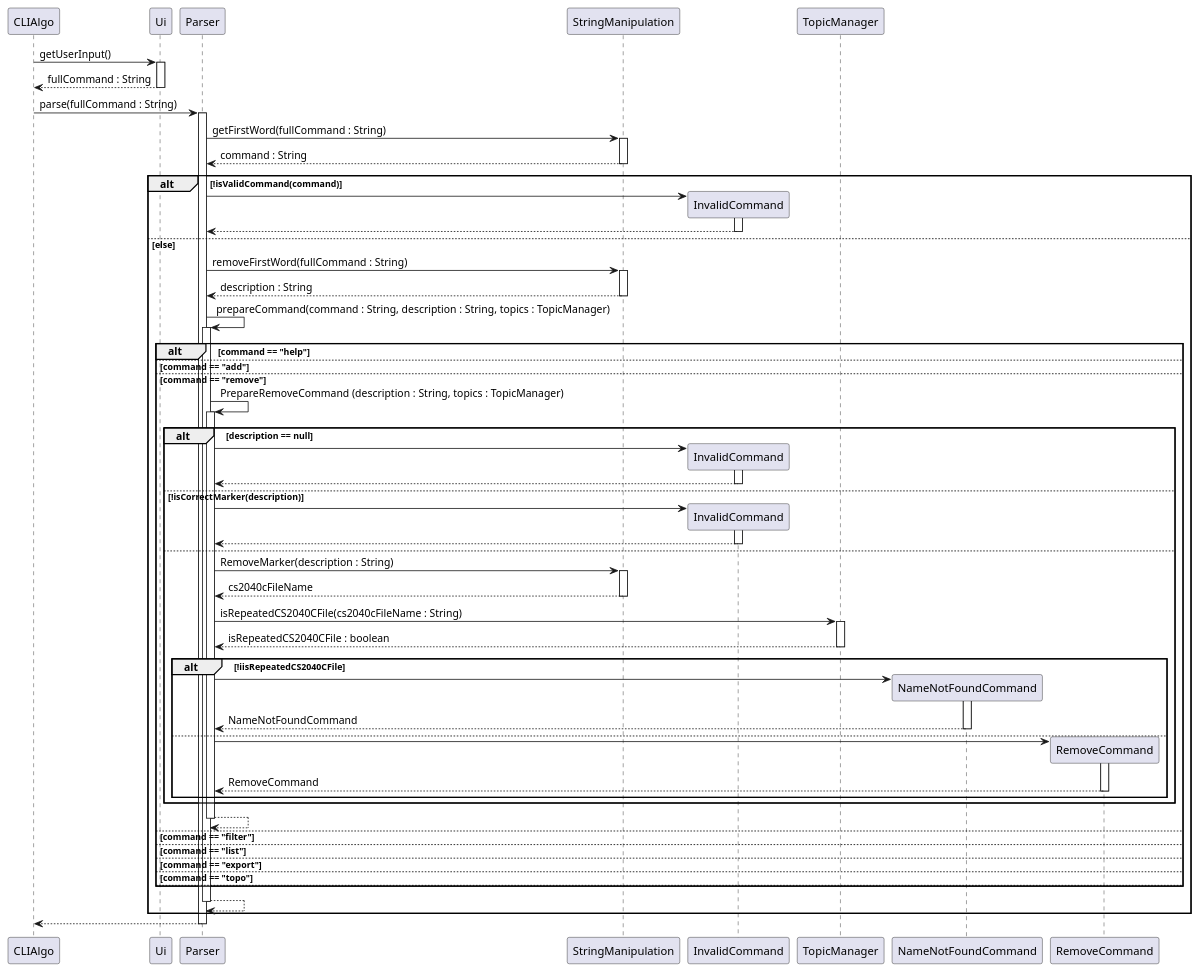
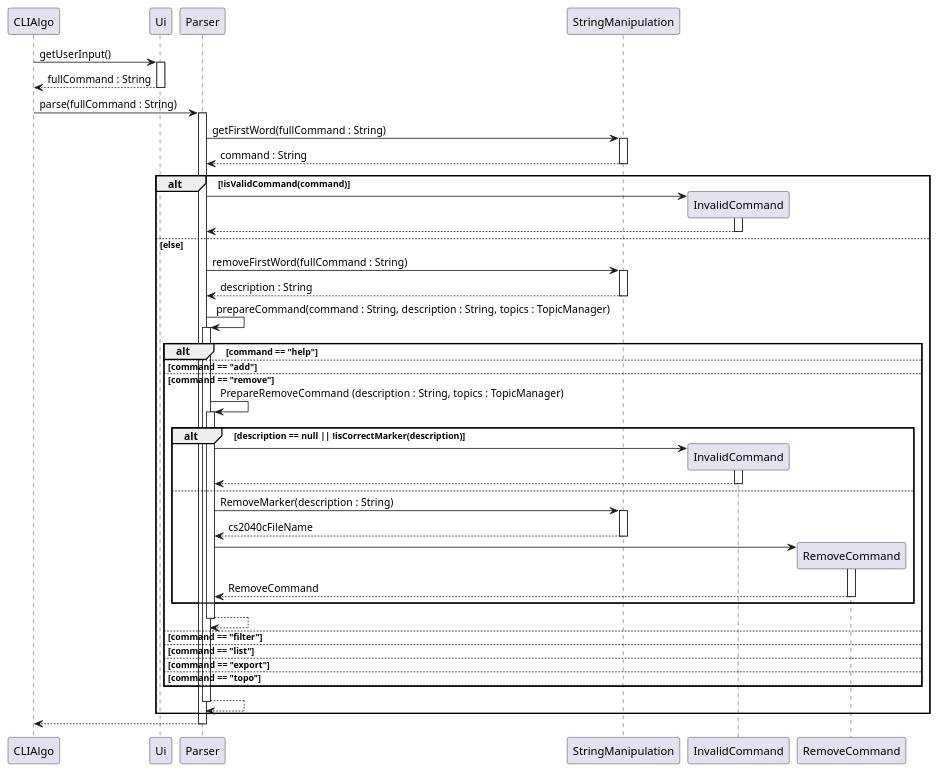
One commit to ong-ck/tp changed the diagram in docs/sequence/source-files/Parser.puml. Above: the diagram before and after it, drawn with PlantUML. The commit also changed 2 other files, not shown here.

Commit message:
Update Parser sequence diagram

```diff
--- a/docs/sequence/source-files/Parser.puml
+++ b/docs/sequence/source-files/Parser.puml
@@ -1,66 +1,52 @@
 @startuml
 CLIAlgo -> Ui : getUserInput()
 activate Ui
 return fullCommand : String
 
 CLIAlgo -> Parser : parse(fullCommand : String)
 activate Parser
     Parser -> StringManipulation : getFirstWord(fullCommand : String)
     activate StringManipulation
     return command : String
 
     alt !isValidCommand(command)
         Parser -> InvalidCommand **
         activate InvalidCommand
         return
     else else
         Parser -> StringManipulation : removeFirstWord(fullCommand : String)
         activate StringManipulation
         return description : String
 
         Parser -> Parser : prepareCommand(command : String, description : String, topics : TopicManager)
         activate Parser
             alt command == "help"
             else command == "add"
             else command == "remove"
                 Parser -> Parser : PrepareRemoveCommand (description : String, topics : TopicManager)
                 activate Parser
-                    alt description == null
-                        Parser -> InvalidCommand **
-                        activate InvalidCommand
-                        return
-                    else !isCorrectMarker(description)
+                    alt description == null || !isCorrectMarker(description)
                         Parser -> InvalidCommand **
                         activate InvalidCommand
                         return
                     else
                         Parser -> StringManipulation : RemoveMarker(description : String)
                         activate StringManipulation
                         return cs2040cFileName
 
-                        Parser -> TopicManager : isRepeatedCS2040CFile(cs2040cFileName : String)
-                        activate TopicManager
-                        return isRepeatedCS2040CFile : boolean
-
-                        alt !iisRepeatedCS2040CFile
-                            Parser -> NameNotFoundCommand **
-                            activate NameNotFoundCommand
-                            return NameNotFoundCommand
-                        else
-                            Parser -> RemoveCommand **
-                            activate RemoveCommand
-                            return RemoveCommand
-                        end
+                        Parser -> RemoveCommand **
+                        activate RemoveCommand
+                        return RemoveCommand
                     end
                 return
             else command == "filter"
             else command == "list"
             else command == "export"
             else command == "topo"
             else
             end
         return
     end
 return
 
 @enduml
```
